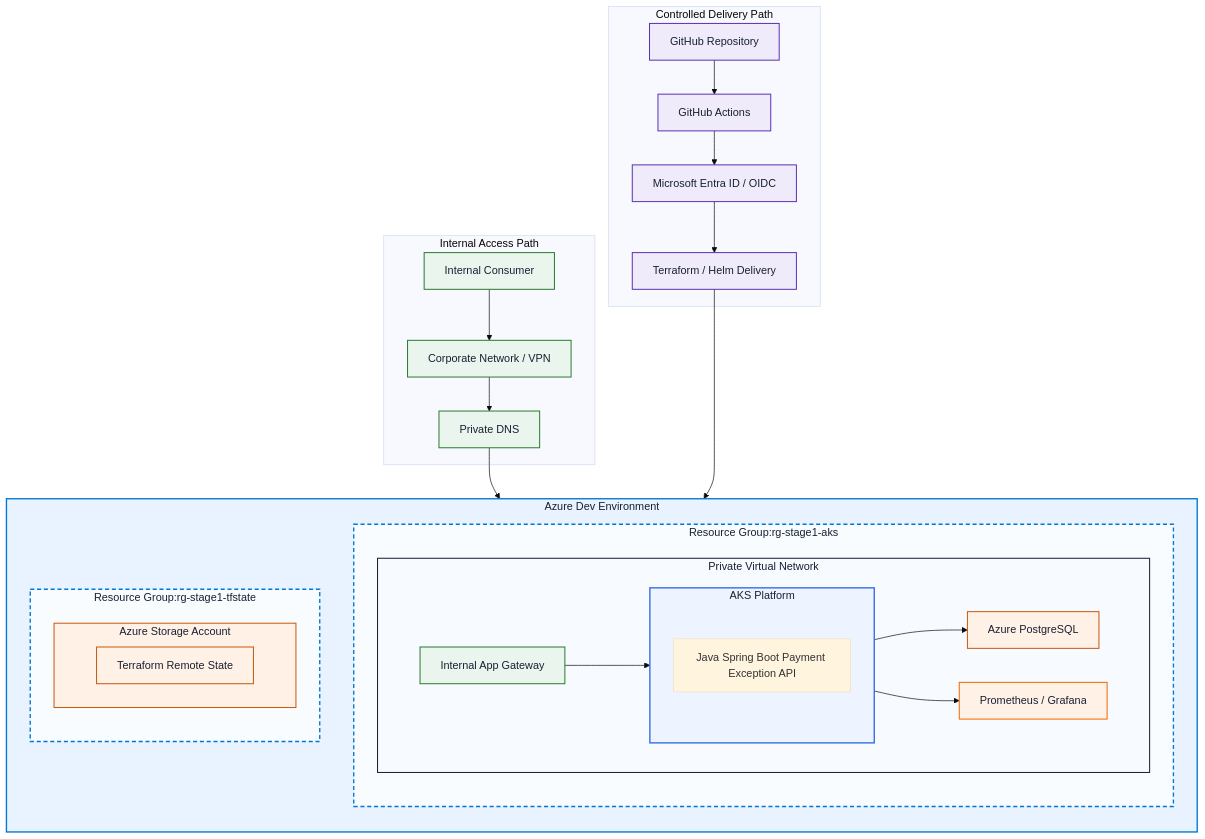
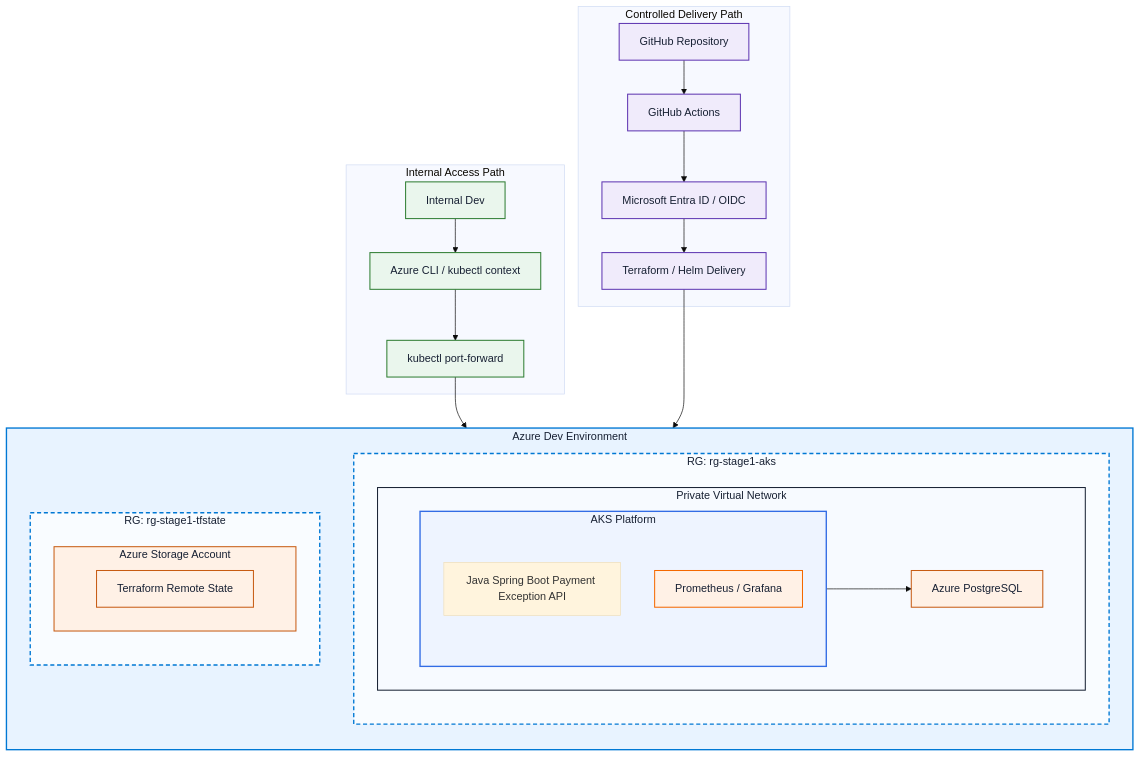
One commit to MarvinAmine/kubernetes-platform-case changed the diagram in docs/README.md. Above: the diagram before and after it, drawn with Mermaid (base theme). The commit also changed other lines of this file and 17 other files, not shown here.

````diff
--- a/docs/README.md
+++ b/docs/README.md
@@ -21,12 +21,12 @@
   end
 
   subgraph ACCESS["Internal Access Path"]
-    CONSUMER["Internal Consumer"]
-    CORP["Corporate Network / VPN"]
-    DNS["Private DNS"]
+    DEV["Internal Dev"]
+    KUBEACCESS["Azure CLI / kubectl context"]
+    PORTFWD["kubectl port-forward"]
 
-    CONSUMER --> CORP
-    CORP --> DNS
+    DEV --> KUBEACCESS
+    KUBEACCESS --> PORTFWD
   end
 
   %% =========================
@@ -36,30 +36,25 @@
   subgraph AZURE["Azure Dev Environment"]
     direction TB
 
-    subgraph RG_AKS["Resource Group:rg-stage1-aks"]
+    subgraph RG_AKS["RG: rg-stage1-aks"]
       direction TB
 
       subgraph VNET["Private Virtual Network"]
         direction LR
 
-        APPGW["Internal App Gateway"]
-
         subgraph AKS["AKS Platform"]
           direction TB
           API["Java Spring Boot Payment Exception API"]
+          OBS["Prometheus / Grafana"]
         end
 
         POSTGRES["Azure PostgreSQL"]
 
-        OBS["Prometheus / Grafana"]
-
-        APPGW --> AKS
         AKS --> POSTGRES
-        AKS --> OBS
       end
     end
 
-    subgraph RG_TFSTATE["Resource Group:rg-stage1-tfstate"]
+    subgraph RG_TFSTATE["RG: rg-stage1-tfstate"]
       direction TB
 
       subgraph STORAGE["Azure Storage Account"]
@@ -71,9 +66,9 @@
   %% =========================
   %% Path Entry Points
   %% =========================
-
-  DELIVERY_PATH ----> AZURE
-  DNS --> APPGW
+  
+  PORTFWD --> AKS
+  DELIVERY_PATH ---> AZURE
 
   %% =========================
   %% Styling
@@ -93,7 +88,7 @@
   class VNET vnet;
   class AKS aks;
   class GH,GHA,ENTRA,DELIVERY_PATH delivery;
-  class CONSUMER,CORP,DNS,APPGW access;
+  class DEV,KUBEACCESS,PORTFWD access;
   class POSTGRES,STORAGE,TFSTATE data;
   class OBS obs;
 ```
````
